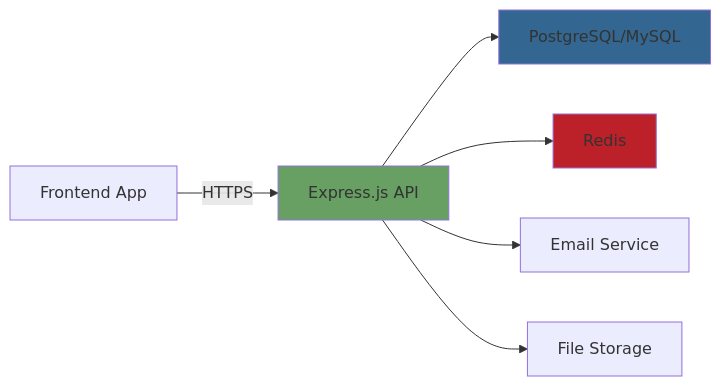
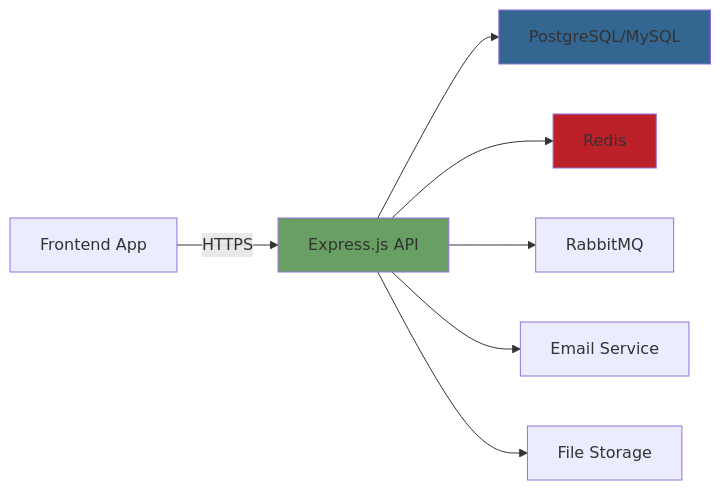
The first of 22 diagrams in docs/DOCUMENTATION.md (zed378/boilerplate-pg-mysql), drawn with Mermaid before and after one commit. The commit also changed other lines of this file and 28 other files, not shown here.

````diff
--- a/docs/DOCUMENTATION.md
+++ b/docs/DOCUMENTATION.md
@@ -52,12 +57,13 @@
 ```mermaid
 graph LR
     A[Frontend App] -->|HTTPS| B[Express.js API]
     B --> C[PostgreSQL/MySQL]
     B --> D[Redis]
+    B --> G[RabbitMQ]
     B --> E[Email Service]
     B --> F[File Storage]
 
     style B fill:#68A063
     style C fill:#336791
     style D fill:#BC212A
 ```
````
